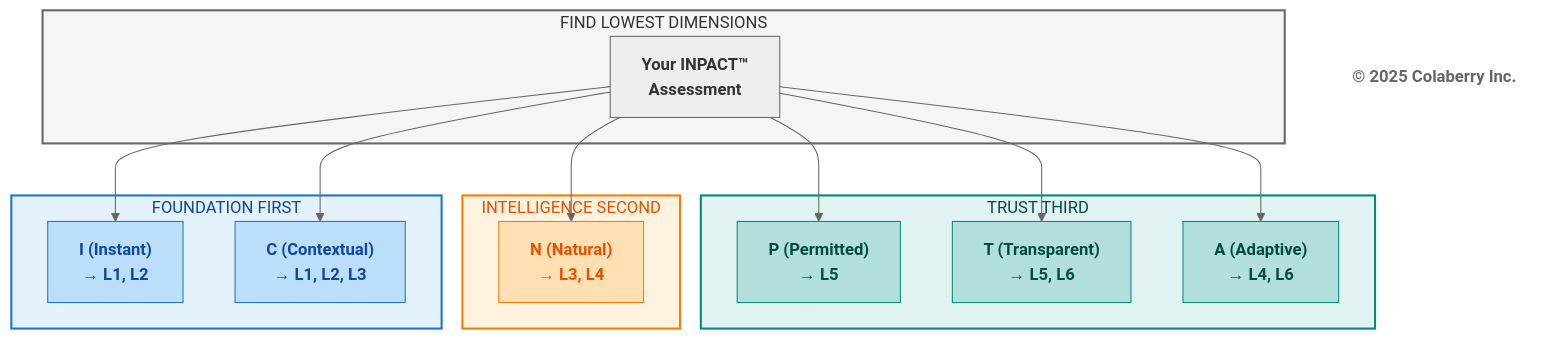
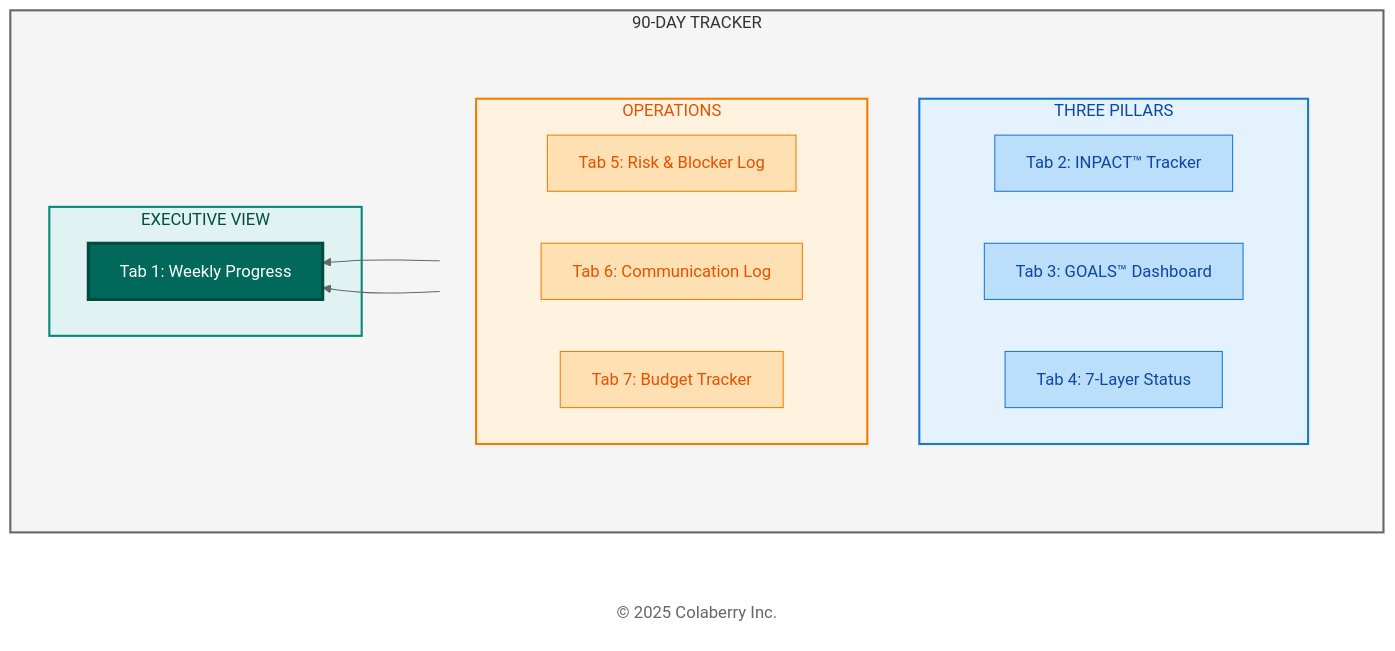
Before and after one commit to saitejesh-cyber/trust-before-intelligence-book: the eighth of 8 diagrams in manuscript/11_chapter_10_week_by_week_implementation.md, drawn with Mermaid (neutral theme). The commit also changed other lines of this file, not shown here.

````diff
--- a/manuscript/11_chapter_10_week_by_week_implementation.md
+++ b/manuscript/11_chapter_10_week_by_week_implementation.md
@@ -1103,45 +736,47 @@
 ```mermaid
 
-graph TD
-    subgraph ASSESS["FIND LOWEST DIMENSIONS"]
-        A["<b>Your INPACT™<br/>Assessment</b>"]
+graph RL
+    subgraph TRACKER["90-DAY TRACKER"]
+        direction RL
+        subgraph EXECUTIVE["EXECUTIVE VIEW"]
+            T1["Tab 1: Weekly Progress"]
+        end
+        
+        subgraph FEEDS[" "]
+            direction TB
+            subgraph PILLARS["THREE PILLARS"]
+                direction RL
+                T2["Tab 2: INPACT™ Tracker"]
+                T3["Tab 3: GOALS™ Dashboard"]
+                T4["Tab 4: 7-Layer Status"]
+            end
+            
+            subgraph OPS["OPERATIONS"]
+                direction RL
+                T5["Tab 5: Risk & Blocker Log"]
+                T6["Tab 6: Communication Log"]
+                T7["Tab 7: Budget Tracker"]
+            end
+        end
     end
+    
+    Copyright["© 2025 Colaberry Inc."]
+    
+    PILLARS --> T1
+    OPS --> T1
 
-    subgraph TRUST["TRUST THIRD"]
-        T1["<b>P (Permitted)</b><br/><b>→ L5</b>"]
-        T2["<b>T (Transparent)</b><br/><b>→ L5, L6</b>"]
-        T3["<b>A (Adaptive)</b><br/><b>→ L4, L6</b>"]
-    end
-
-    subgraph INTEL["INTELLIGENCE SECOND"]
-        I1["<b>N (Natural)</b><br/><b>→ L3, L4</b>"]
-    end
-
-    subgraph FOUND["FOUNDATION FIRST"]
-        F1["<b>I (Instant)</b><br/><b>→ L1, L2</b>"]
-        F2["<b>C (Contextual)</b><br/><b>→ L1, L2, L3</b>"]
-    end
-
-    A --> F1
-    A --> F2
-    A --> I1
-    A --> T1
-    A --> T2
-    A --> T3
-
-    Copyright["<b>© 2025 Colaberry Inc.</b>"]
-
-    style ASSESS fill:#f5f5f5,stroke:#666666,stroke-width:2px,color:#333333
-    style FOUND fill:#e3f2fd,stroke:#1976d2,stroke-width:2px,color:#0d47a1
-    style INTEL fill:#fff3e0,stroke:#f57c00,stroke-width:2px,color:#e65100
-    style TRUST fill:#e0f2f1,stroke:#00897b,stroke-width:2px,color:#004d40
-    style A fill:#eeeeee,stroke:#666666,color:#333333
-    style F1 fill:#bbdefb,stroke:#1976d2,color:#0d47a1
-    style F2 fill:#bbdefb,stroke:#1976d2,color:#0d47a1
-    style I1 fill:#ffe0b2,stroke:#f57c00,color:#e65100
-    style T1 fill:#b2dfdb,stroke:#00897b,color:#004d40
-    style T2 fill:#b2dfdb,stroke:#00897b,color:#004d40
-    style T3 fill:#b2dfdb,stroke:#00897b,color:#004d40
+    style TRACKER fill:#f5f5f5,stroke:#666666,stroke-width:2px,color:#333333
+    style EXECUTIVE fill:#e0f2f1,stroke:#00897b,stroke-width:2px,color:#004d40
+    style FEEDS fill:none,stroke:none
+    style PILLARS fill:#e3f2fd,stroke:#1976d2,stroke-width:2px,color:#0d47a1
+    style OPS fill:#fff3e0,stroke:#f57c00,stroke-width:2px,color:#e65100
+    style T1 fill:#00695c,color:#ffffff,stroke:#004d40,stroke-width:3px
+    style T2 fill:#bbdefb,stroke:#1976d2,color:#0d47a1
+    style T3 fill:#bbdefb,stroke:#1976d2,color:#0d47a1
+    style T4 fill:#bbdefb,stroke:#1976d2,color:#0d47a1
+    style T5 fill:#ffe0b2,stroke:#f57c00,color:#e65100
+    style T6 fill:#ffe0b2,stroke:#f57c00,color:#e65100
+    style T7 fill:#ffe0b2,stroke:#f57c00,color:#e65100
     style Copyright fill:#ffffff,stroke:none,color:#666666
 
 ```
````
